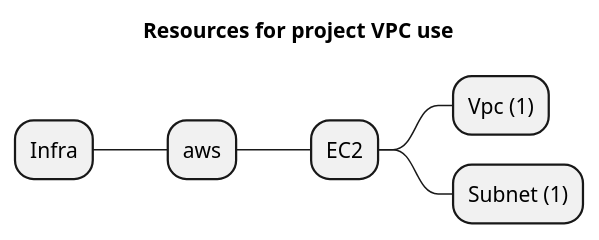
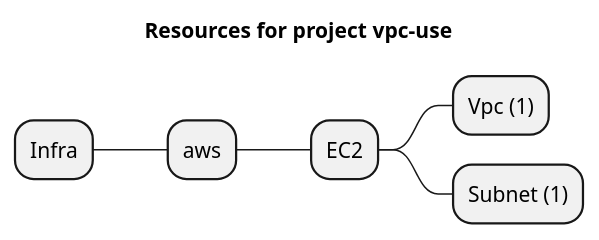
One commit to grucloud/grucloud changed the diagram in examples/aws/EC2/Vpc/vpc-use/artifacts/resources-mindmap.puml. Above: the diagram before and after it, drawn with PlantUML. The commit also changed 766 other files, not shown here.

Commit message:
update diagram

```diff
--- a/examples/aws/EC2/Vpc/vpc-use/artifacts/resources-mindmap.puml
+++ b/examples/aws/EC2/Vpc/vpc-use/artifacts/resources-mindmap.puml
@@ -1,9 +1,9 @@
 @startmindmap
-title Resources for project VPC use
+title Resources for project vpc-use
 skinparam monochrome true
 + Infra
 ++ aws
 +++ EC2
 ++++ Vpc (1)
 ++++ Subnet (1)
 @endmindmap
```
